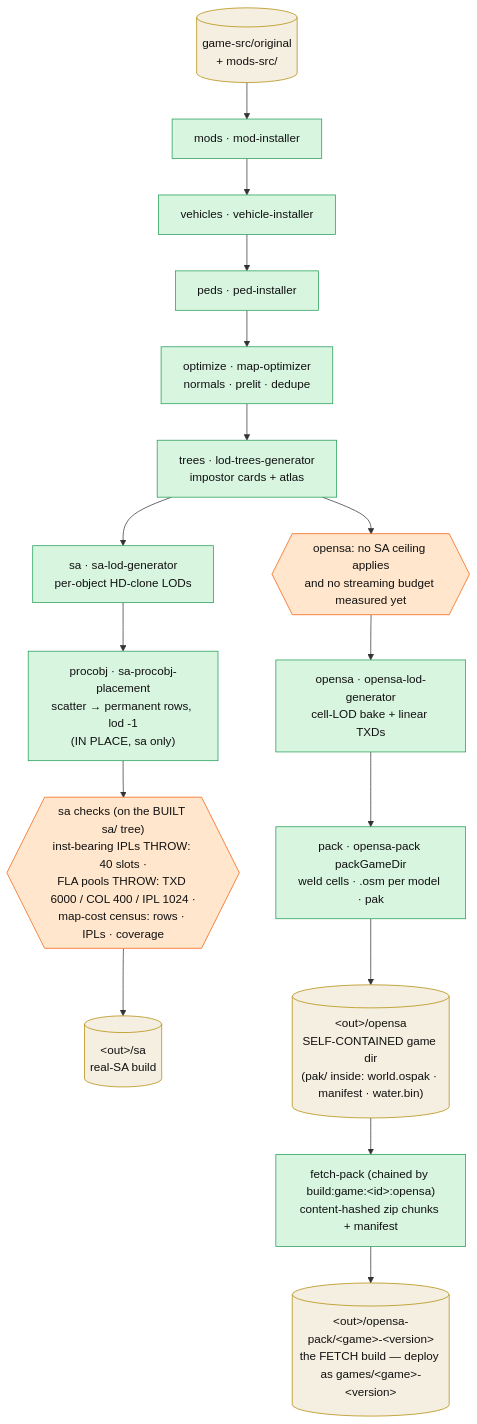
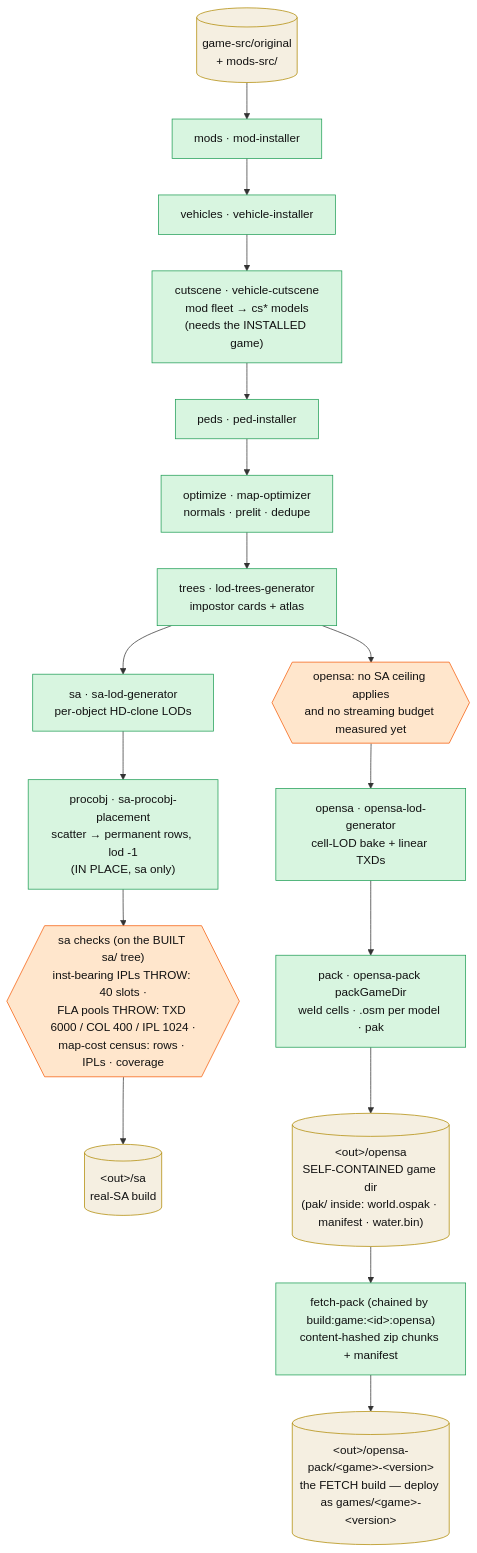
Before and after one commit to sexorcist00/opensa: the diagram in docs/architecture/perfect-map-builder.md, drawn with Mermaid. The commit also changed other lines of this file and 10 other files, not shown here.

First line of the commit message:
feat(pmb): cutscene stage - the vehicles stage's shadow in the common chain

````diff
--- a/docs/architecture/perfect-map-builder.md
+++ b/docs/architecture/perfect-map-builder.md
@@ -58,29 +58,30 @@
 ```mermaid
 %%| pmb-pipeline
 flowchart TB
   src[("game-src/original<br/>+ mods-src/")]:::data
   mods["mods · mod-installer"]:::stage
   veh["vehicles · vehicle-installer"]:::stage
+  cs["cutscene · vehicle-cutscene<br/>mod fleet → cs* models<br/>(needs the INSTALLED game)"]:::stage
   peds["peds · ped-installer"]:::stage
   opt["optimize · map-optimizer<br/>normals · prelit · dedupe"]:::stage
   trees["trees · lod-trees-generator<br/>impostor cards + atlas"]:::stage
   proc["procobj · sa-procobj-placement<br/>scatter → permanent rows, lod -1<br/>(IN PLACE, sa only)"]:::stage
   guard{{"sa checks (on the BUILT sa/ tree)<br/>inst-bearing IPLs THROW: 40 slots ·<br/>FLA pools THROW: TXD 6000 / COL 400 / IPL 1024 ·<br/>map-cost census: rows · IPLs · coverage"}}:::guard
   osguard{{"opensa: no SA ceiling applies<br/>and no streaming budget measured yet"}}:::guard
   sa["sa · sa-lod-generator<br/>per-object HD-clone LODs"]:::stage
   oslod["opensa · opensa-lod-generator<br/>cell-LOD bake + linear TXDs"]:::stage
   pack["pack · opensa-pack packGameDir<br/>weld cells · .osm per model · pak"]:::stage
   outsa[("&lt;out&gt;/sa<br/>real-SA build")]:::data
   outos[("&lt;out&gt;/opensa<br/>SELF-CONTAINED game dir<br/>(pak/ inside: world.ospak · manifest · water.bin)")]:::data
   fetch["fetch-pack (chained by build:game:&lt;id&gt;:opensa)<br/>content-hashed zip chunks + manifest"]:::stage
   outpak[("&lt;out&gt;/opensa-pack/&lt;game&gt;-&lt;version&gt;<br/>the FETCH build — deploy as games/&lt;game&gt;-&lt;version&gt;")]:::data
 
-  src --> mods --> veh --> peds --> opt --> trees
+  src --> mods --> veh --> cs --> peds --> opt --> trees
   trees --> sa --> proc --> guard --> outsa
   trees --> osguard --> oslod --> pack --> outos
   outos --> fetch --> outpak
 
   classDef stage fill:#d8f5e0,stroke:#1f9d55,color:#111
   classDef guard fill:#ffe6cc,stroke:#f55c07,color:#111
   classDef data fill:#f5efe1,stroke:#b08900,color:#111
 ```
````
